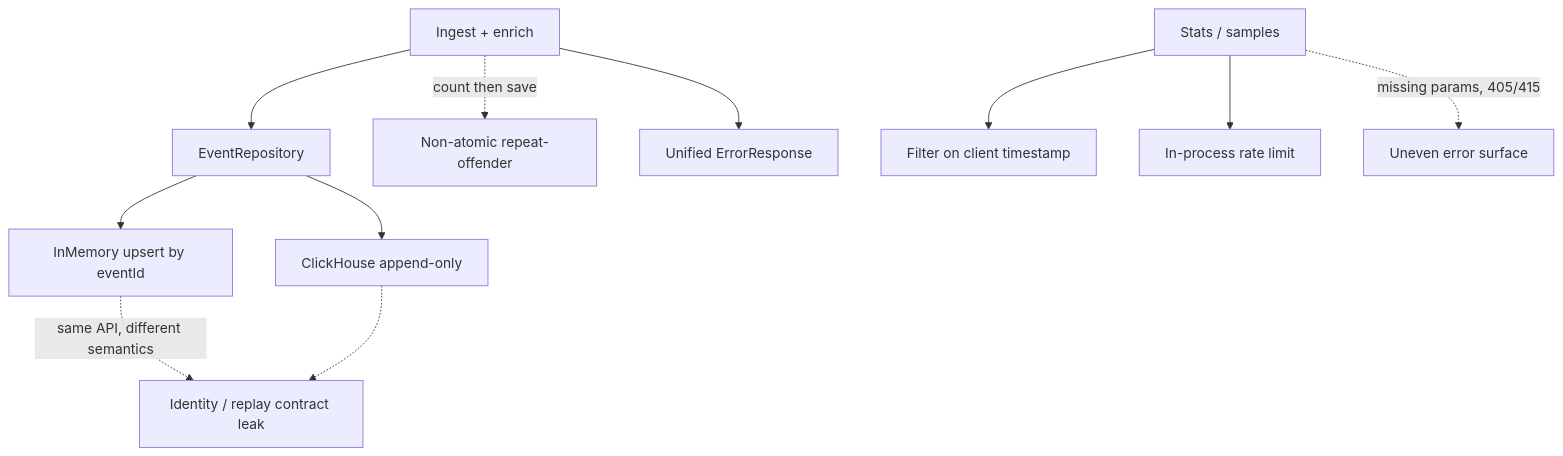
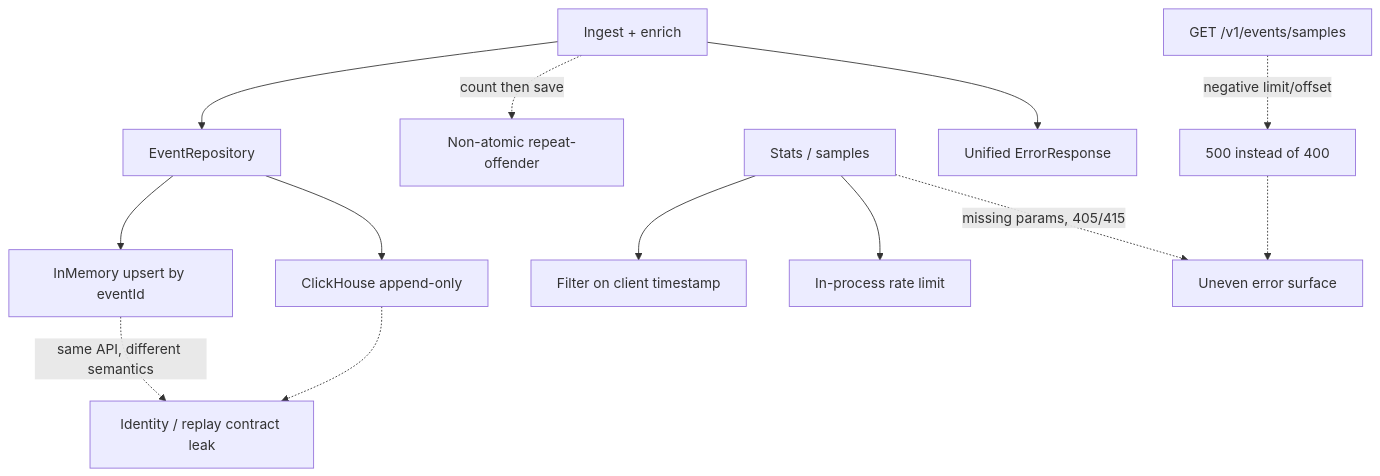
Before and after one commit to oreltop/Mini-Security-Analytics-Pipeline: the diagram in docs/weaknesses.md, drawn with Mermaid. The commit also changed other lines of this file, not shown here.

First line of the commit message:
docs: note samples negative limit/offset yields 500

````diff
--- a/docs/weaknesses.md
+++ b/docs/weaknesses.md
@@ -11,13 +11,15 @@
 ```mermaid
 flowchart TD
   Ingest["Ingest + enrich"] --> Repo["EventRepository"]
   Repo --> Mem["InMemory upsert by eventId"]
   Repo --> CH["ClickHouse append-only"]
   Mem -.->|same API, different semantics| Contract["Identity / replay contract leak"]
   CH -.-> Contract
   Ingest -.->|count then save| Race["Non-atomic repeat-offender"]
   Stats["Stats / samples"] --> Ts["Filter on client timestamp"]
   Stats --> RL["In-process rate limit"]
   Ingest --> Err["Unified ErrorResponse"]
   Stats -.->|missing params, 405/415| ErrGap["Uneven error surface"]
+  Samples["GET /v1/events/samples"] -.->|negative limit/offset| Samples500["500 instead of 400"]
+  Samples500 -.-> ErrGap
 ```
````
